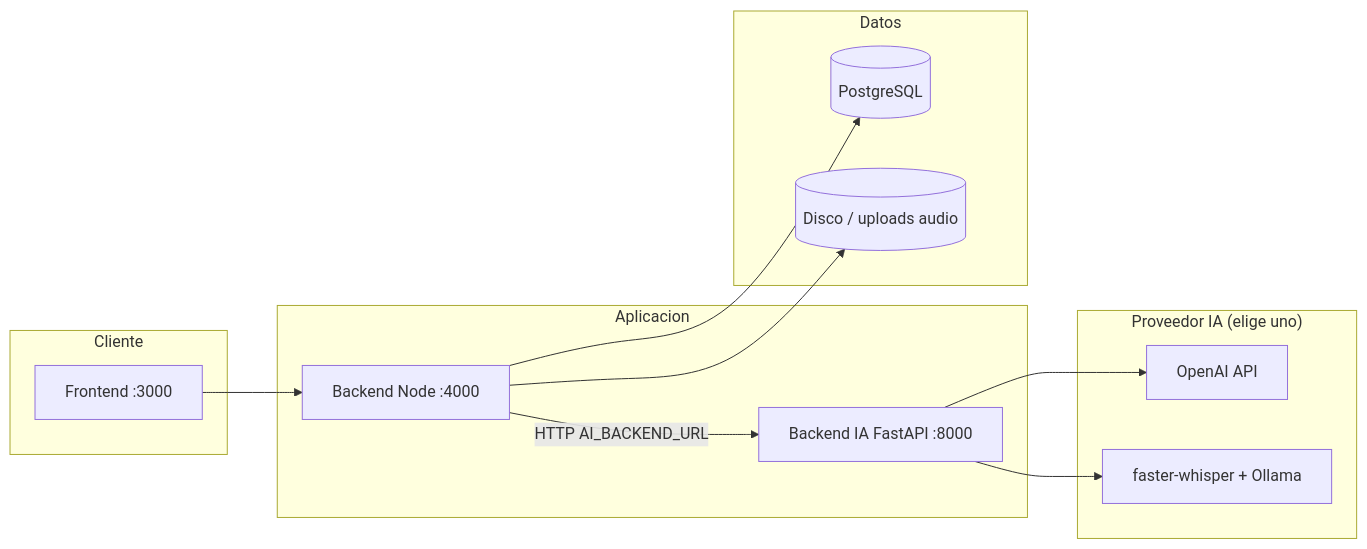
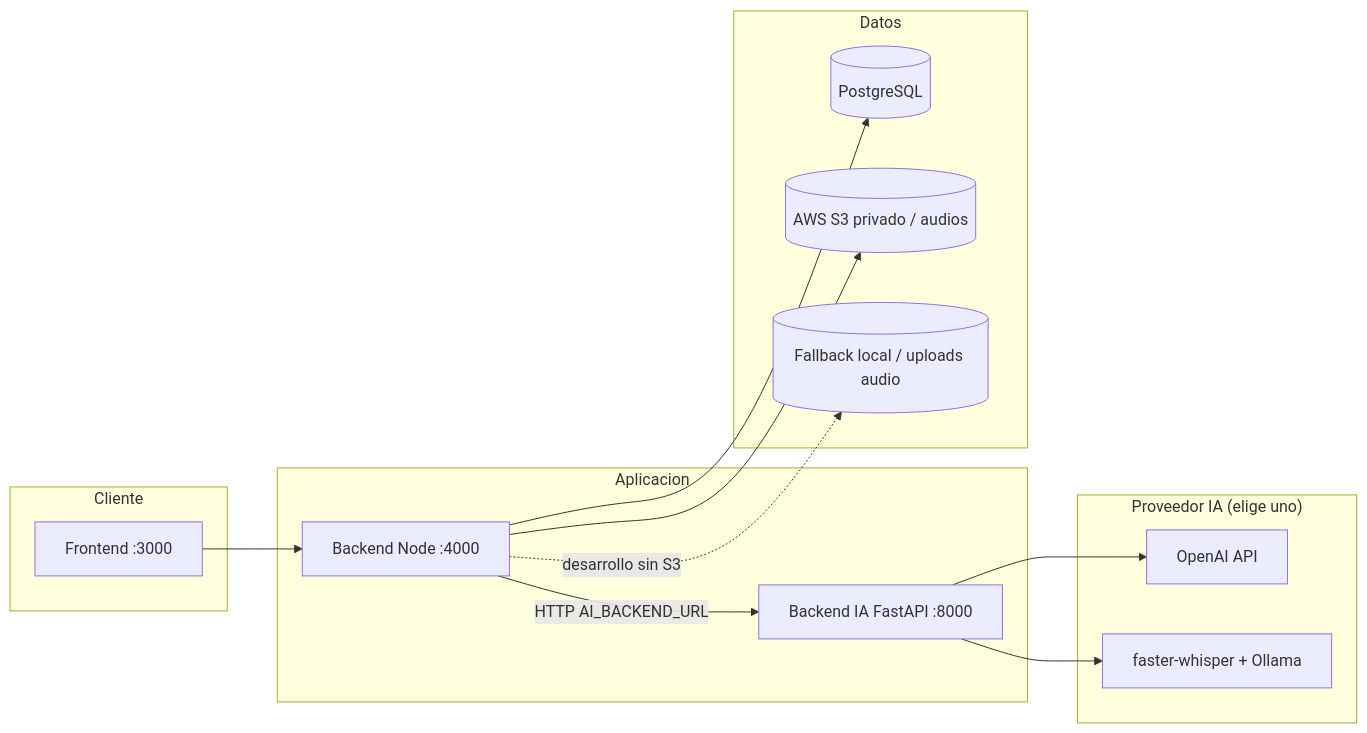
Before and after one commit to Task-Manager-with-AI/task_manager_back: the diagram in docs/deployment-sprint-2.md, drawn with Mermaid. The commit also changed other lines of this file and 18 other files, not shown here.

Commit message:
Add S3 audio storage with local fallback

````diff
--- a/docs/deployment-sprint-2.md
+++ b/docs/deployment-sprint-2.md
@@ -39,25 +39,27 @@
 ```mermaid
 flowchart LR
     subgraph Cliente
         FE[Frontend :3000]
     end
     subgraph Aplicacion
         API[Backend Node :4000]
         IA[Backend IA FastAPI :8000]
     end
     subgraph Datos
         DB[(PostgreSQL)]
-        DISK[(Disco / uploads audio)]
+        S3[(AWS S3 privado / audios)]
+        DISK[(Fallback local / uploads audio)]
     end
     subgraph ProveedorIA["Proveedor IA (elige uno)"]
         OAI[OpenAI API]
         LOC[faster-whisper + Ollama]
     end
 
     FE --> API
     API --> DB
-    API --> DISK
+    API --> S3
+    API -. desarrollo sin S3 .-> DISK
     API -->|HTTP AI_BACKEND_URL| IA
     IA --> OAI
     IA --> LOC
 ```
````
